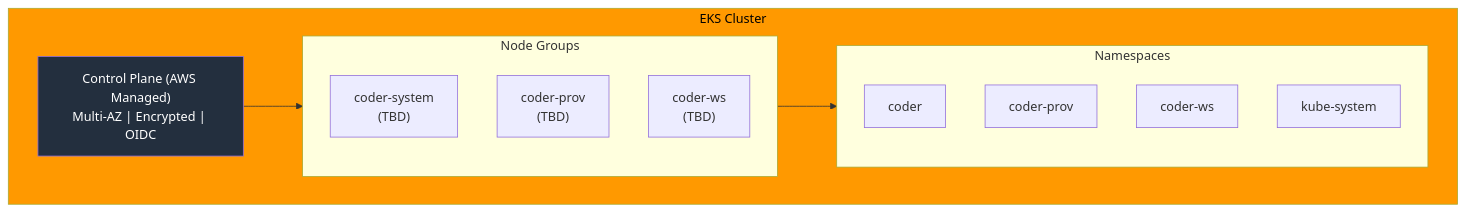
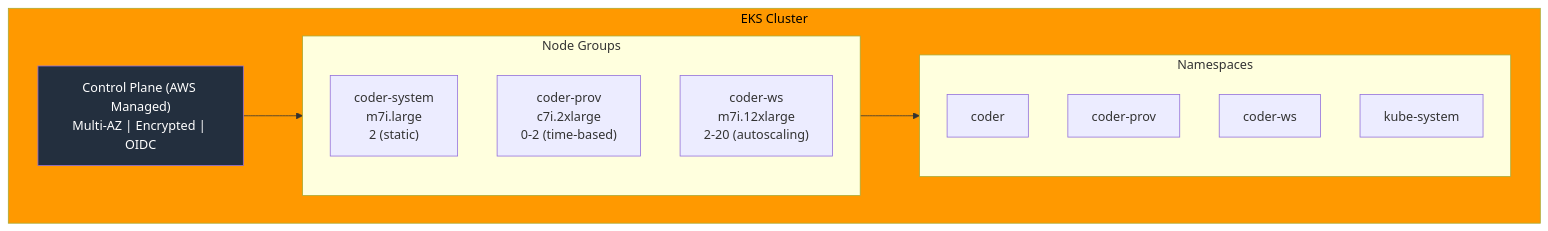
One commit to ausbru87/coder-deployment-guide-aws changed the fourth of 6 diagrams in deployment-guide/architecture/diagrams.md. Above: the diagram before and after it, drawn with Mermaid. The commit also changed other lines of this file and 1 other file, not shown here.

````diff
--- a/deployment-guide/architecture/diagrams.md
+++ b/deployment-guide/architecture/diagrams.md
@@ -292,24 +292,24 @@
 ```mermaid
 flowchart TB
     subgraph EKS["EKS Cluster"]
         CP["Control Plane (AWS Managed)<br/>Multi-AZ | Encrypted | OIDC"]
         
         subgraph Nodes["Node Groups"]
-            system["coder-system<br/>(TBD)"]
-            prov["coder-prov<br/>(TBD)"]
-            ws["coder-ws<br/>(TBD)"]
+            system["coder-system<br/>m7i.large<br/>2 (static)"]
+            prov["coder-prov<br/>c7i.2xlarge<br/>0-2 (time-based)"]
+            ws["coder-ws<br/>m7i.12xlarge<br/>2-20 (autoscaling)"]
         end
         
         subgraph NS["Namespaces"]
             ns_coder["coder"]
             ns_prov["coder-prov"]
             ns_ws["coder-ws"]
             ns_sys["kube-system"]
         end
     end
     
     CP --> Nodes --> NS
     
     style EKS fill:#ff9900,color:#000
     style CP fill:#232f3e,color:#fff
 ```
````
